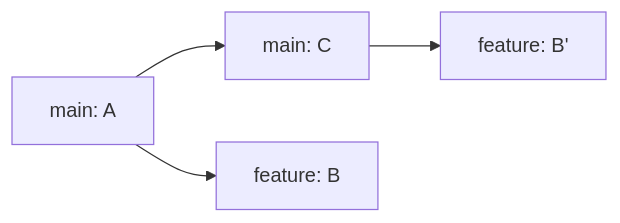
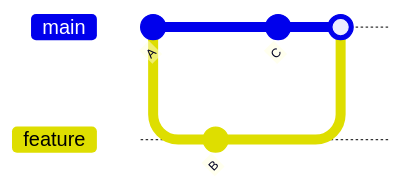
One commit to TeeBeeCoder/drupal-bootcamp changed the ninth of 14 diagrams in src/content/docs/ressources/git/index.mdx. Above: the diagram before and after it, drawn with Mermaid. The commit also changed other lines of this file, not shown here.

````diff
--- a/src/content/docs/ressources/git/index.mdx
+++ b/src/content/docs/ressources/git/index.mdx
@@ -655,6 +671,10 @@
 ```mermaid
-flowchart LR
-    A[main: A] --> C[main: C]
-    A --> F[feature: B]
-    C --> F2[feature: B']
+gitGraph
+   commit id: "A"
+   branch feature
+   checkout feature
+   commit id: "B"
+   checkout main
+   commit id: "C"
+   merge feature
 ```
````
